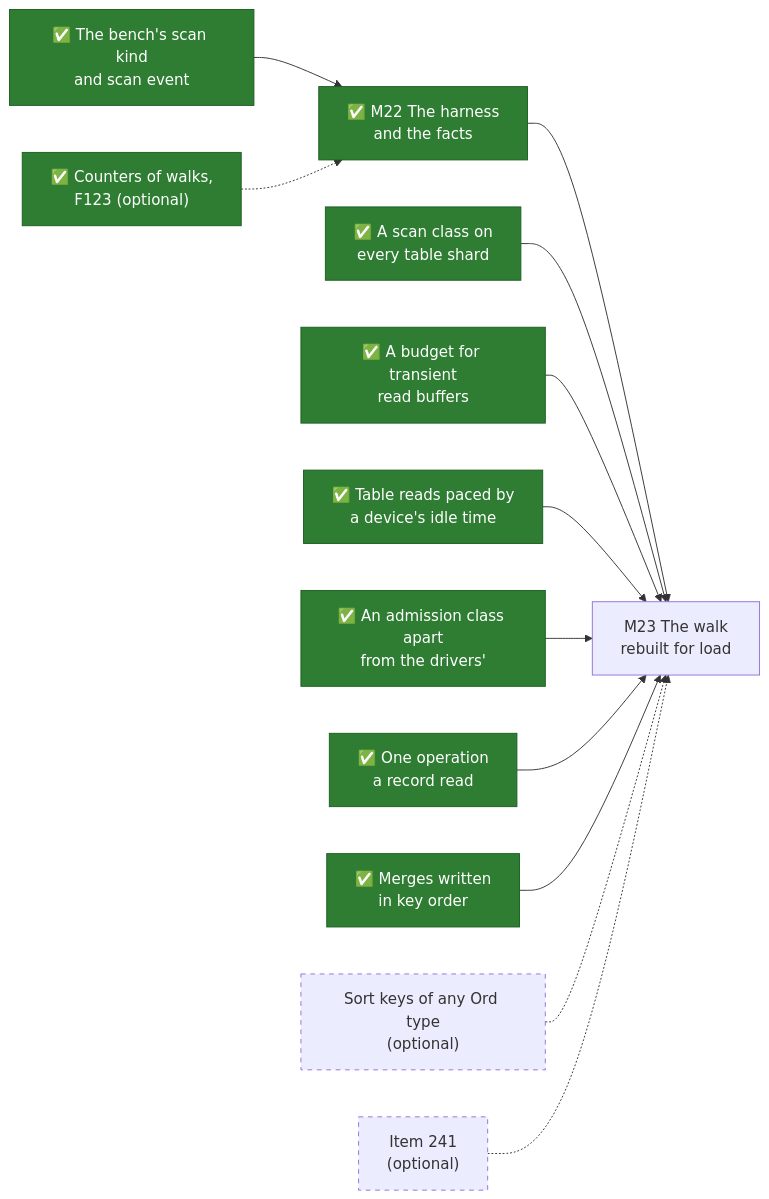
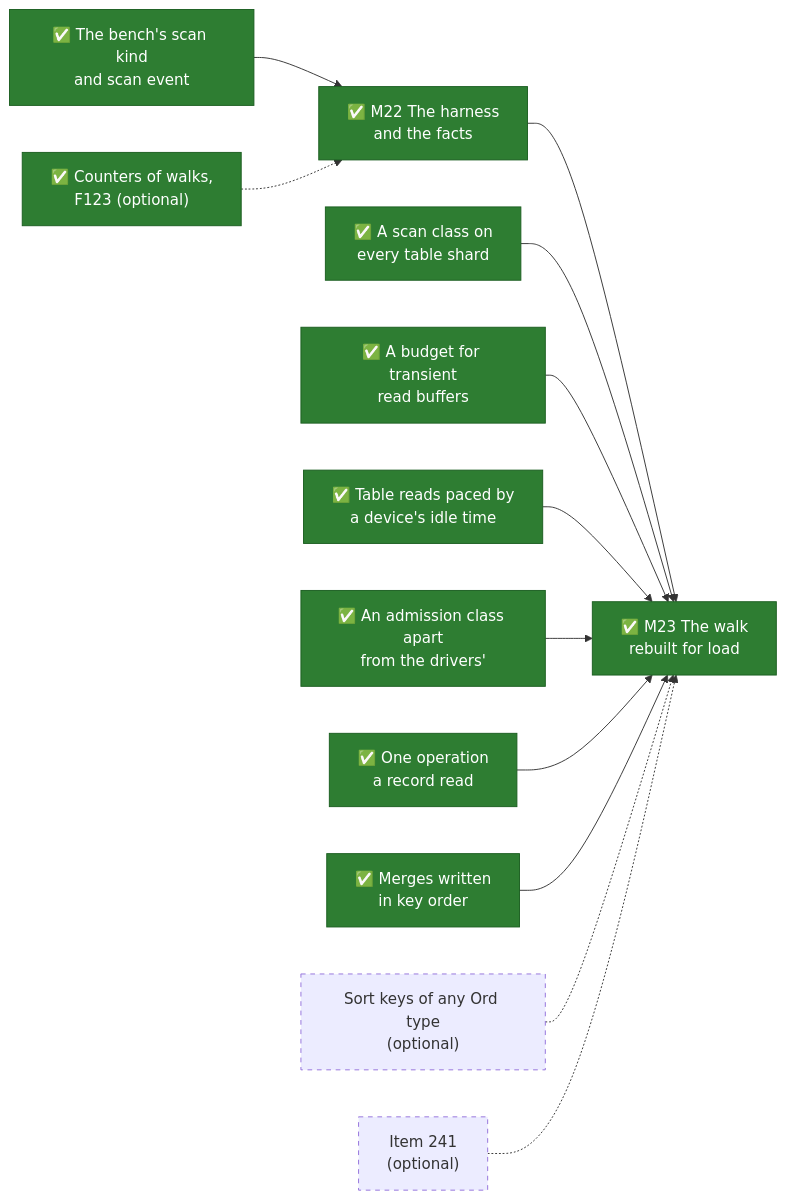
One commit to mjcarson/shoal changed the diagram in docs/src/future-work/scans/prerequisites.md. Above: the diagram before and after it, drawn with Mermaid. The commit also changed 14 other files, not shown here.

````diff
--- a/docs/src/future-work/scans/prerequisites.md
+++ b/docs/src/future-work/scans/prerequisites.md
@@ -281,28 +281,28 @@
 ```mermaid
 flowchart LR
     classDef done fill:#2e7d32,stroke:#1b5e20,color:#ffffff
     classDef optional stroke-dasharray: 5 5
     Bench["✅ The bench's scan kind<br>and scan event"]:::done
     Class["✅ A scan class on<br>every table shard"]:::done
     Budget["✅ A budget for transient<br>read buffers"]:::done
     Pace["✅ Table reads paced by<br>a device's idle time"]:::done
     Admit["✅ An admission class apart<br>from the drivers'"]:::done
     Read1["✅ One operation<br>a record read"]:::done
     Sorted["✅ Merges written<br>in key order"]:::done
     Counters["✅ Counters of walks,<br>F123 (optional)"]:::done
     SortKeys["Sort keys of any Ord type<br>(optional)"]:::optional
     I241["Item 241<br>(optional)"]:::optional
     M22["✅ M22 The harness<br>and the facts"]:::done
-    M23["M23 The walk<br>rebuilt for load"]
+    M23["✅ M23 The walk<br>rebuilt for load"]:::done
     Bench --> M22
     M22 --> M23
     Class --> M23
     Budget --> M23
     Pace --> M23
     Admit --> M23
     Read1 --> M23
     Sorted --> M23
     Counters -.-> M22
     SortKeys -.-> M23
     I241 -.-> M23
 ```
````
